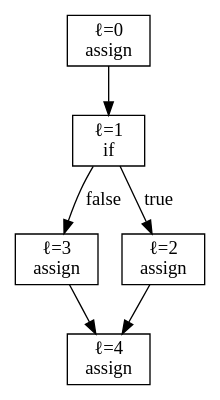
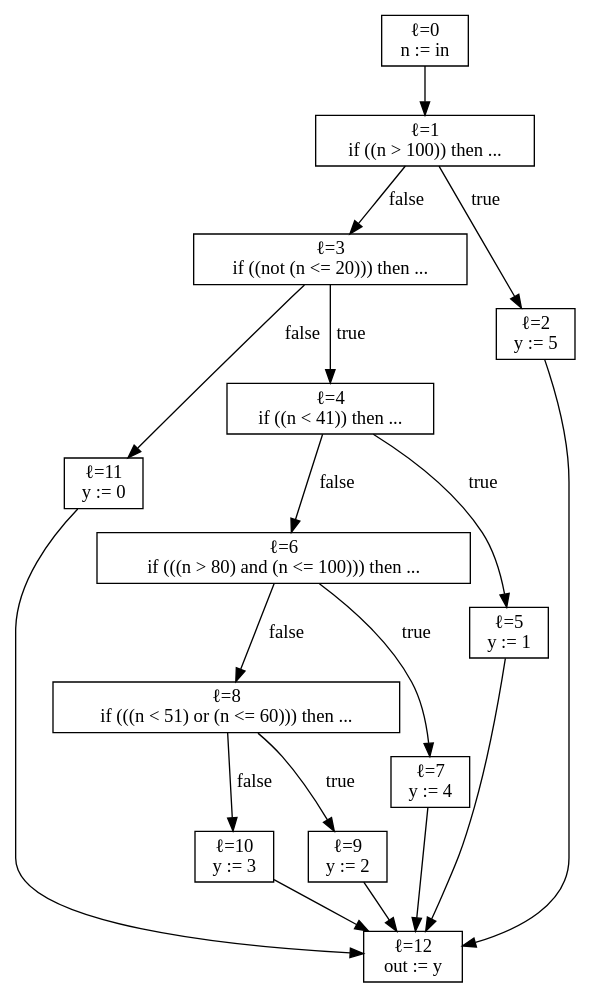
One commit to CatchSyntaxTerror/Terminators changed the diagram in project2/dotfiles/cfg.dot. Above: the diagram before and after it, drawn with Graphviz. The commit also changed 13 other files, not shown here.

```diff
--- a/project2/dotfiles/cfg.dot
+++ b/project2/dotfiles/cfg.dot
@@ -1,13 +1,33 @@
 digraph CFG {
   node [shape=box];
-  4 [label="ℓ=4\nassign"];
-  3 [label="ℓ=3\nassign"];
-  2 [label="ℓ=2\nassign"];
-  1 [label="ℓ=1\nif"];
-  0 [label="ℓ=0\nassign"];
-  3 -> 4;
-  2 -> 4;
+  12 [label="ℓ=12\nout := y"];
+  11 [label="ℓ=11\ny := 0"];
+  10 [label="ℓ=10\ny := 3"];
+  9 [label="ℓ=9\ny := 2"];
+  8 [label="ℓ=8\nif (((n < 51) or (n <= 60))) then ..."];
+  7 [label="ℓ=7\ny := 4"];
+  6 [label="ℓ=6\nif (((n > 80) and (n <= 100))) then ..."];
+  5 [label="ℓ=5\ny := 1"];
+  4 [label="ℓ=4\nif ((n < 41)) then ..."];
+  3 [label="ℓ=3\nif ((not (n <= 20))) then ..."];
+  2 [label="ℓ=2\ny := 5"];
+  1 [label="ℓ=1\nif ((n > 100)) then ..."];
+  0 [label="ℓ=0\nn := in"];
+  11 -> 12;
+  10 -> 12;
+  9 -> 12;
+  8 -> 9 [label="true"];
+  8 -> 10 [label="false"];
+  7 -> 12;
+  6 -> 7 [label="true"];
+  6 -> 8 [label="false"];
+  5 -> 12;
+  4 -> 5 [label="true"];
+  4 -> 6 [label="false"];
+  3 -> 4 [label="true"];
+  3 -> 11 [label="false"];
+  2 -> 12;
   1 -> 2 [label="true"];
   1 -> 3 [label="false"];
   0 -> 1;
 }
```
